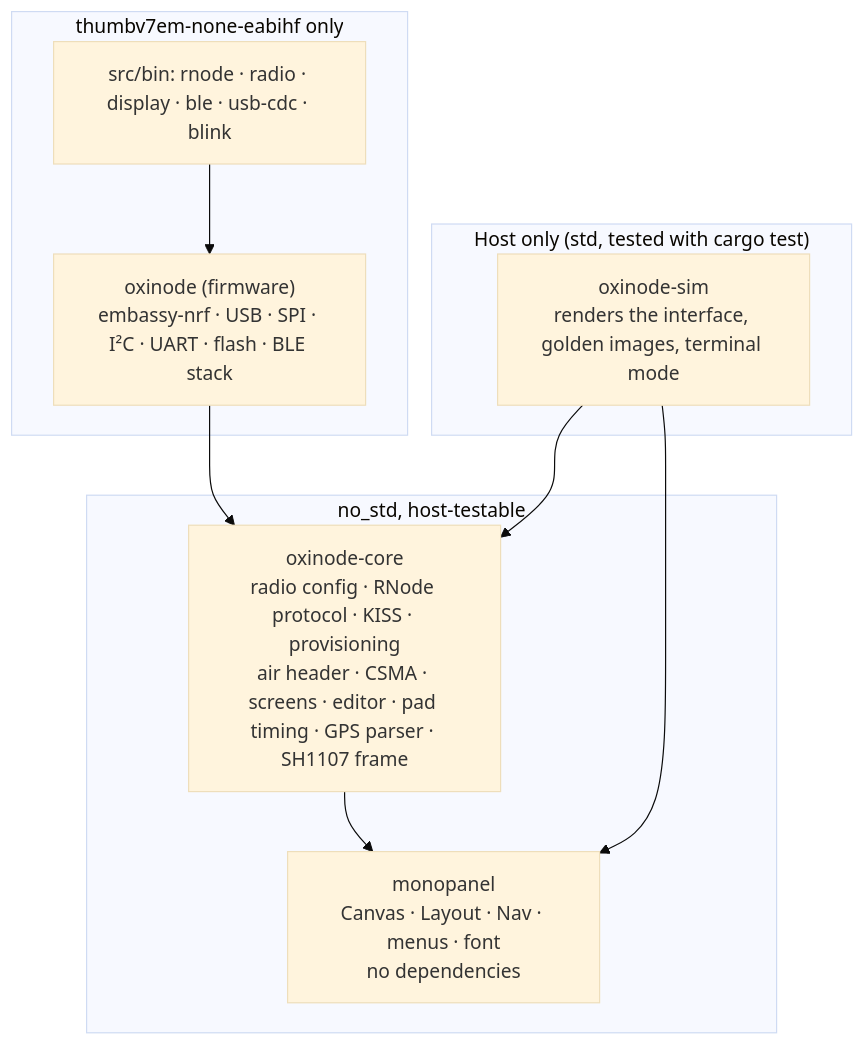
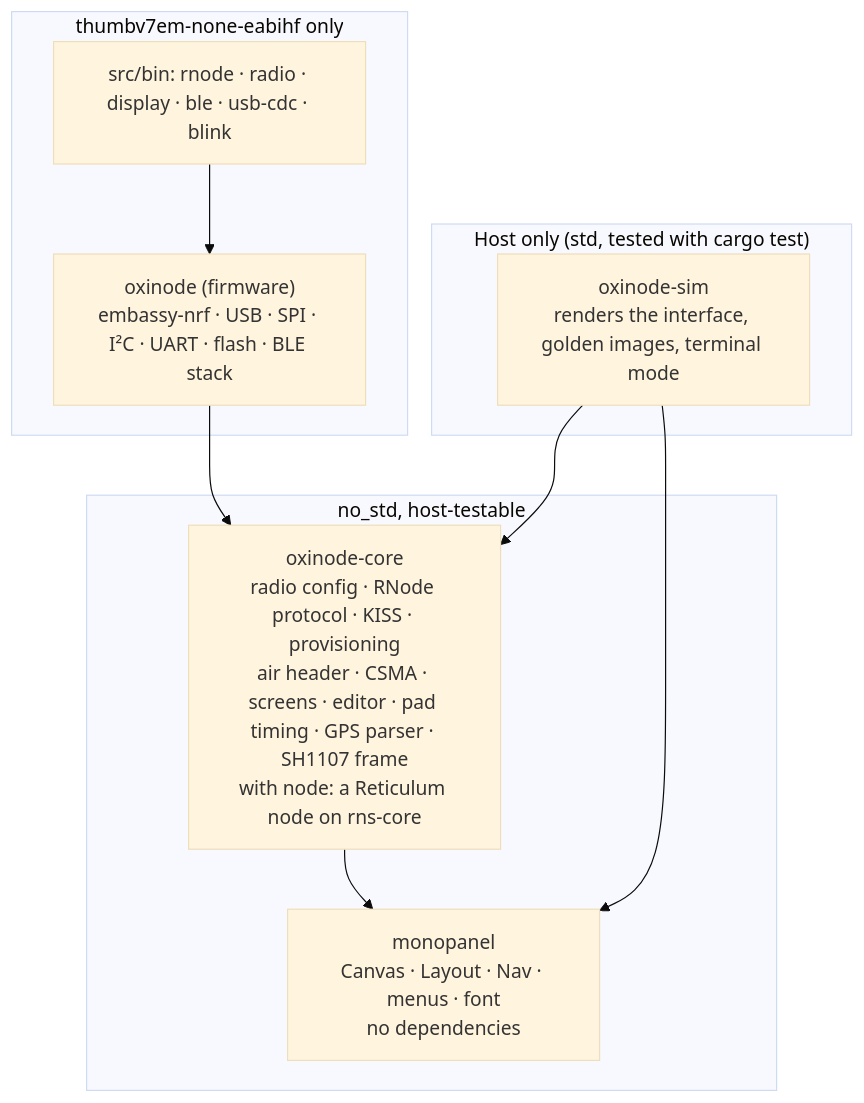
The first of 3 diagrams in docs/architecture/overview.md (paulmeier/oxinode), drawn with Mermaid (base theme) before and after one commit. The commit also changed other lines of this file and 16 other files, not shown here.

````diff
--- a/docs/architecture/overview.md
+++ b/docs/architecture/overview.md
@@ -6,19 +6,19 @@
 ```mermaid
 flowchart TB
     subgraph host["Host only (std, tested with cargo test)"]
         sim["oxinode-sim<br/>renders the interface, golden images, terminal mode"]
     end
     subgraph nostd["no_std, host-testable"]
-        core["oxinode-core<br/>radio config · RNode protocol · KISS · provisioning<br/>air header · CSMA · screens · editor · pad timing · GPS parser · SH1107 frame"]
+        core["oxinode-core<br/>radio config · RNode protocol · KISS · provisioning<br/>air header · CSMA · screens · editor · pad timing · GPS parser · SH1107 frame<br/>with node: a Reticulum node on rns-core"]
         panel["monopanel<br/>Canvas · Layout · Nav · menus · font<br/>no dependencies"]
     end
     subgraph target["thumbv7em-none-eabihf only"]
         fw["oxinode (firmware)<br/>embassy-nrf · USB · SPI · I²C · UART · flash · BLE stack"]
         bins["src/bin: rnode · radio · display · ble · usb-cdc · blink"]
     end
     bins --> fw
     fw --> core
     core --> panel
     sim --> core
     sim --> panel
 ```
````
